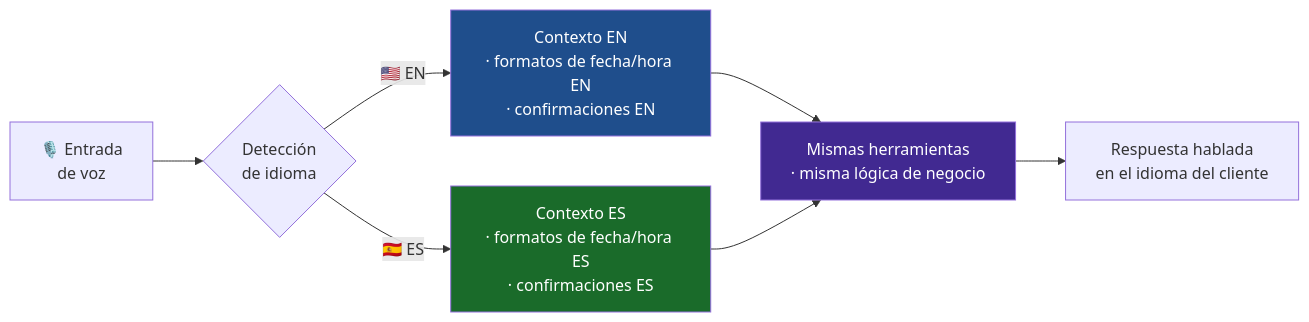
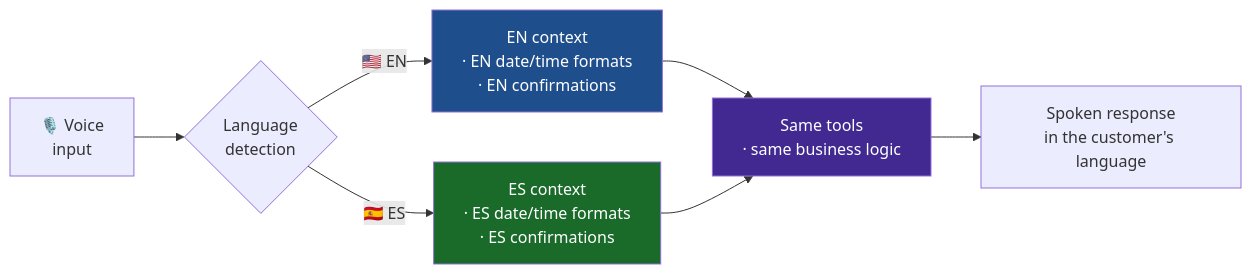
One commit to BhrayanM/Portafolio changed the second of 2 diagrams in projects/voice-receptionist/README.md. Above: the diagram before and after it, drawn with Mermaid. The commit also changed other lines of this file and 59 other files, not shown here.

````diff
--- a/projects/voice-receptionist/README.md
+++ b/projects/voice-receptionist/README.md
@@ -114,13 +114,13 @@
 ```mermaid
 flowchart LR
-    A["🎙️ Entrada<br/>de voz"] --> B{"Detección<br/>de idioma"}
-    B -- "🇺🇸 EN" --> C["Contexto EN<br/>· formatos de fecha/hora EN<br/>· confirmaciones EN"]
-    B -- "🇪🇸 ES" --> D["Contexto ES<br/>· formatos de fecha/hora ES<br/>· confirmaciones ES"]
-    C --> E["Mismas herramientas<br/>· misma lógica de negocio"]
+    A["🎙️ Voice<br/>input"] --> B{"Language<br/>detection"}
+    B -- "🇺🇸 EN" --> C["EN context<br/>· EN date/time formats<br/>· EN confirmations"]
+    B -- "🇪🇸 ES" --> D["ES context<br/>· ES date/time formats<br/>· ES confirmations"]
+    C --> E["Same tools<br/>· same business logic"]
     D --> E
-    E --> F["Respuesta hablada<br/>en el idioma del cliente"]
+    E --> F["Spoken response<br/>in the customer's language"]
 
     style C fill:#1f4e8c,color:#fff
     style D fill:#1a6b2a,color:#fff
     style E fill:#412991,color:#fff
 ```
````
